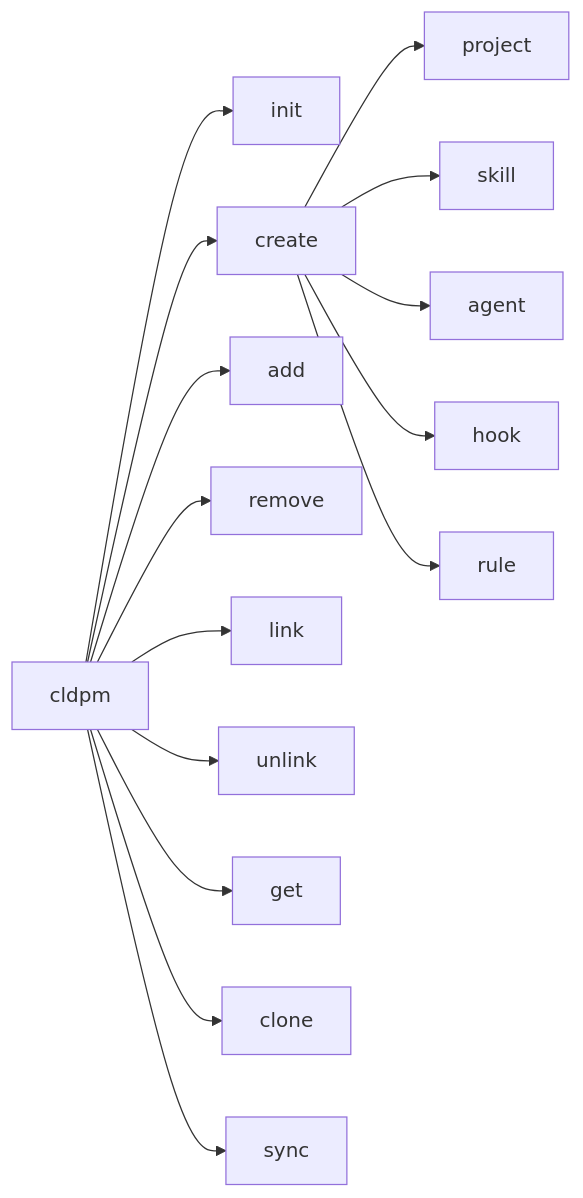
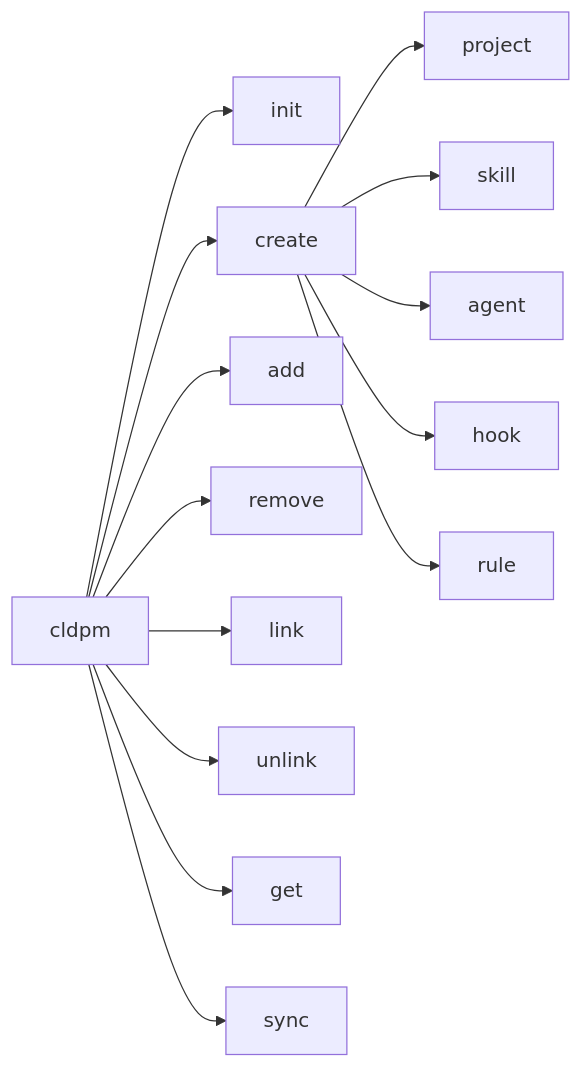
One commit to transilienceai/cldpm changed the diagram in python/CLI.md. Above: the diagram before and after it, drawn with Mermaid. The commit also changed other lines of this file and 35 other files, not shown here.

````diff
--- a/python/CLI.md
+++ b/python/CLI.md
@@ -13,18 +13,17 @@
 ```mermaid
 graph LR
     CLDPM[cldpm] --> INIT[init]
     CLDPM --> CREATE[create]
     CLDPM --> ADD[add]
     CLDPM --> REMOVE[remove]
     CLDPM --> LINK[link]
     CLDPM --> UNLINK[unlink]
     CLDPM --> GET[get]
-    CLDPM --> CLONE[clone]
     CLDPM --> SYNC[sync]
 
     CREATE --> PROJECT[project]
     CREATE --> SKILL[skill]
     CREATE --> AGENT[agent]
     CREATE --> HOOK[hook]
     CREATE --> RULE[rule]
 ```
````
